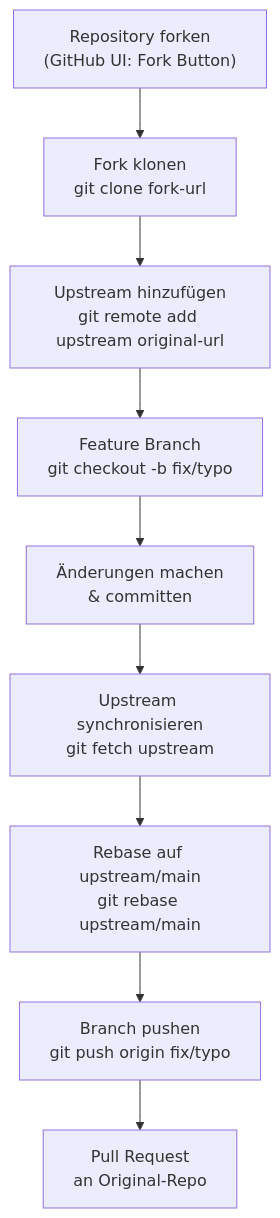
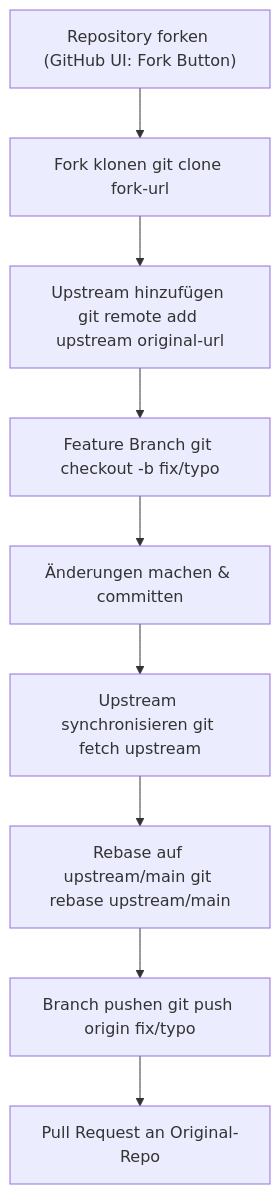
Before and after one commit to SoniiiT/notes-n-docs: the fourth of 4 diagrams in Microsoft 365/GitHub/GitHub Grundlagen.md, drawn with Mermaid. The commit also changed other lines of this file and 124 other files, not shown here.

First line of the commit message:
fix: Entferne \n aus allen Mermaid-Diagrammen (125 Dateien)

````diff
--- a/Microsoft 365/GitHub/GitHub Grundlagen.md
+++ b/Microsoft 365/GitHub/GitHub Grundlagen.md
@@ -476,21 +476,21 @@
 ```mermaid
 flowchart TD
-    Fork["Repository forken\n(GitHub UI: Fork Button)"]
-    Clone["Fork klonen\ngit clone fork-url"]
-    Upstream["Upstream hinzufügen\ngit remote add upstream original-url"]
-    Branch["Feature Branch\ngit checkout -b fix/typo"]
-    Code["Änderungen machen\n& committen"]
-    Sync["Upstream synchronisieren\ngit fetch upstream"]
-    Rebase["Rebase auf upstream/main\ngit rebase upstream/main"]
-    Push["Branch pushen\ngit push origin fix/typo"]
-    PR["Pull Request\nan Original-Repo"]
+    Fork["Repository forken (GitHub UI: Fork Button)"]
+    Clone["Fork klonen git clone fork-url"]
+    Upstream["Upstream hinzufügen git remote add upstream original-url"]
+    Branch["Feature Branch git checkout -b fix/typo"]
+    Code["Änderungen machen & committen"]
+    Sync["Upstream synchronisieren git fetch upstream"]
+    Rebase["Rebase auf upstream/main git rebase upstream/main"]
+    Push["Branch pushen git push origin fix/typo"]
+    PR["Pull Request an Original-Repo"]
 
     Fork --> Clone
     Clone --> Upstream
     Upstream --> Branch
     Branch --> Code
     Code --> Sync
     Sync --> Rebase
     Rebase --> Push
     Push --> PR
 ```
````
